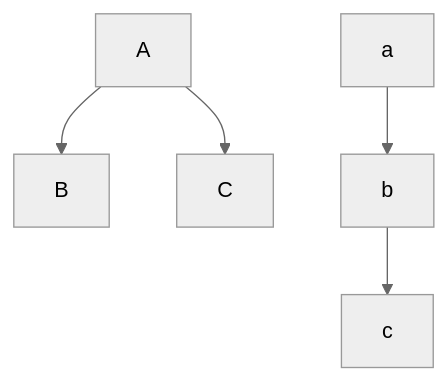
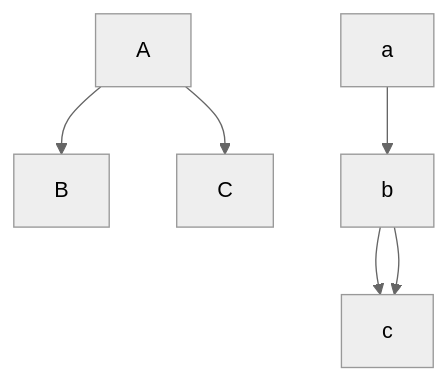
One commit to ghtfujita/test changed the diagram in test.md. Above: the diagram before and after it, drawn with Mermaid (neutral theme).

````diff
--- a/test.md
+++ b/test.md
@@ -1,7 +1,8 @@
 ```mermaid
 graph TD;
  A --> B
  A -->C
  a -->b
  b --> c
+ b --> c
 ```
````
